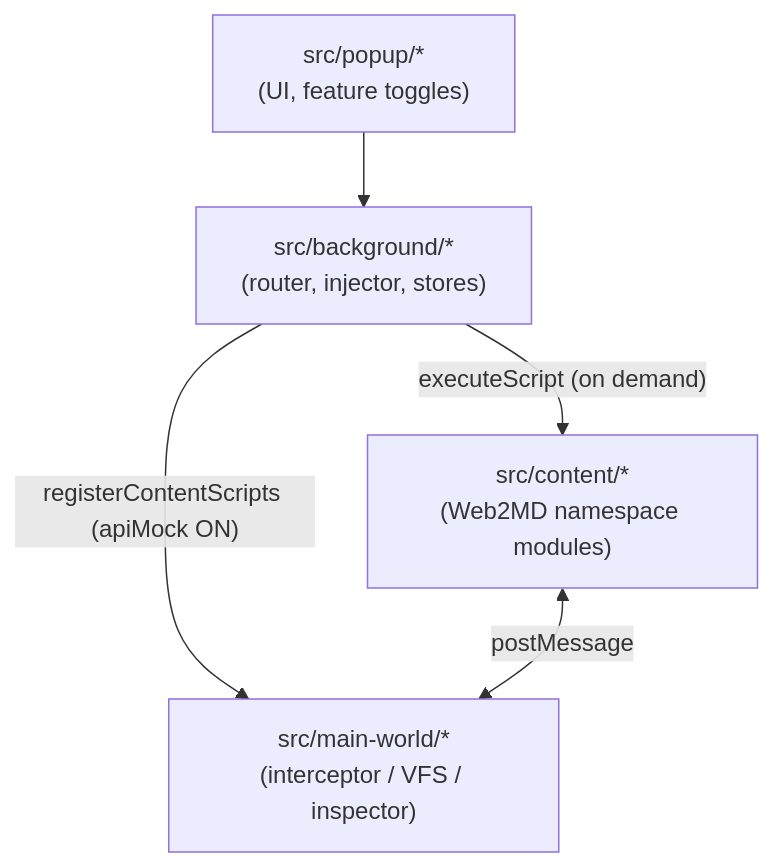
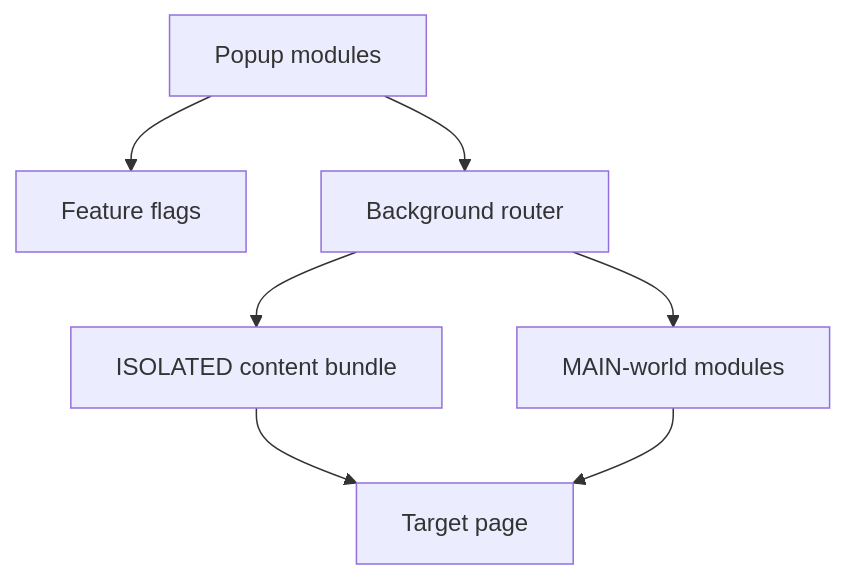
The diagram in README.md (HiepLeHoaiNghia/pagesnap), drawn with Mermaid before and after one commit. The commit also changed other lines of this file and 9 other files, not shown here.

````diff
--- a/README.md
+++ b/README.md
@@ -36,12 +47,16 @@
 ```mermaid
 flowchart TD
-    Popup["src/popup/*<br>(UI, feature toggles)"]
-    Background["src/background/*<br>(router, injector, stores)"]
-    Content["src/content/*<br>(Web2MD namespace modules)"]
-    MainWorld["src/main-world/*<br>(interceptor / VFS / inspector)"]
+    Popup["Popup modules"]
+    Flags["Feature flags"]
+    Background["Background router"]
+    Content["ISOLATED content bundle"]
+    MainWorld["MAIN-world modules"]
+    Page["Target page"]
 
+    Popup --> Flags
     Popup --> Background
-    Background -->|"executeScript (on demand)"| Content
-    Background -->|"registerContentScripts (apiMock ON)"| MainWorld
-    Content <-->|postMessage| MainWorld
+    Background --> Content
+    Background --> MainWorld
+    Content --> Page
+    MainWorld --> Page
 ```
````
